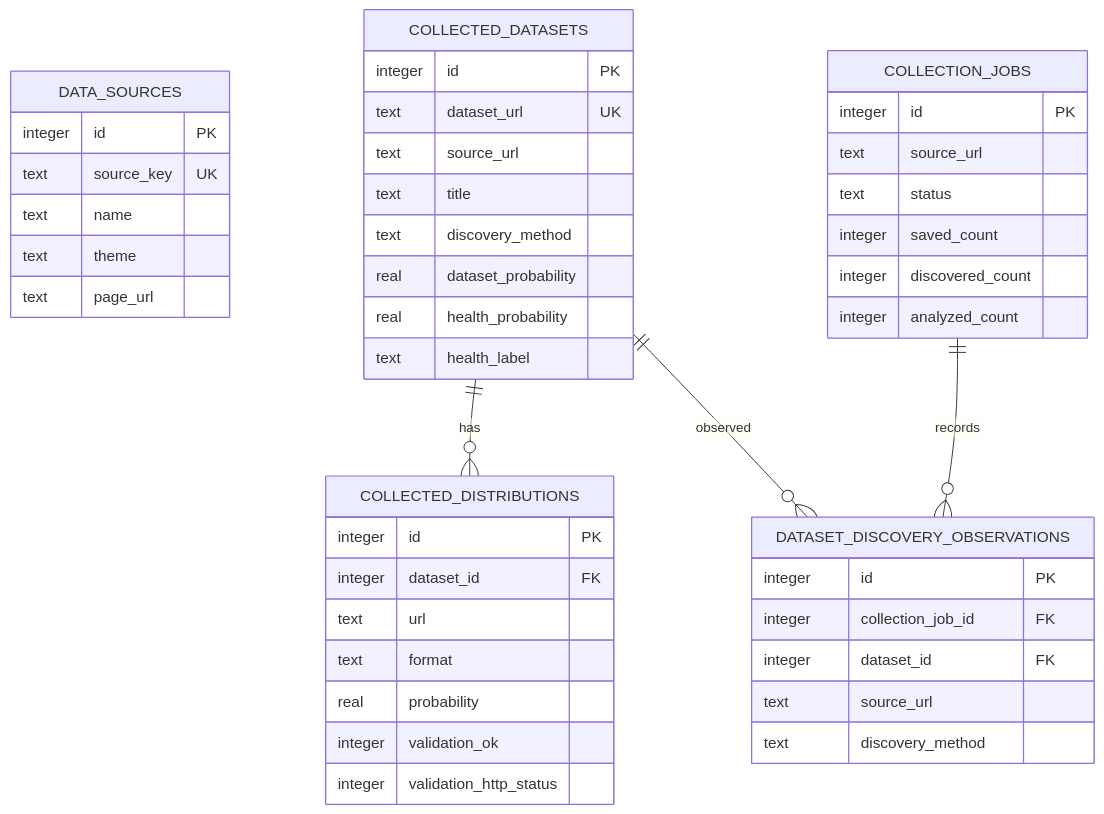
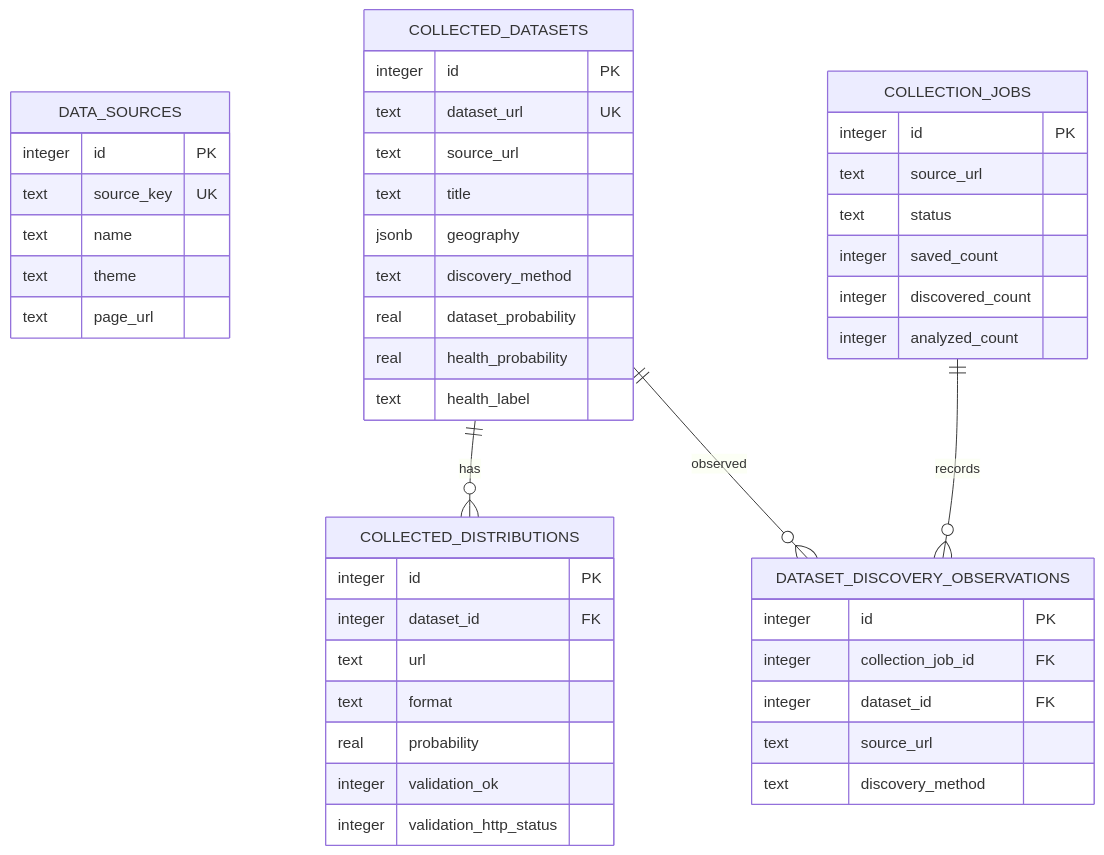
Before and after one commit to nicolasberlin/global-health-dataset-catalog: the tenth of 10 diagrams in docs/technical-design-document.md, drawn with Mermaid. The commit also changed other lines of this file and 36 other files, not shown here.

````diff
--- a/docs/technical-design-document.md
+++ b/docs/technical-design-document.md
@@ -640,48 +640,49 @@
 ```mermaid
 erDiagram
     DATA_SOURCES {
         integer id PK
         text source_key UK
         text name
         text theme
         text page_url
     }
     COLLECTED_DATASETS {
         integer id PK
         text dataset_url UK
         text source_url
         text title
+        jsonb geography
         text discovery_method
         real dataset_probability
         real health_probability
         text health_label
     }
     COLLECTED_DISTRIBUTIONS {
         integer id PK
         integer dataset_id FK
         text url
         text format
         real probability
         integer validation_ok
         integer validation_http_status
     }
     COLLECTION_JOBS {
         integer id PK
         text source_url
         text status
         integer saved_count
         integer discovered_count
         integer analyzed_count
     }
     DATASET_DISCOVERY_OBSERVATIONS {
         integer id PK
         integer collection_job_id FK
         integer dataset_id FK
         text source_url
         text discovery_method
     }
 
     COLLECTED_DATASETS ||--o{ COLLECTED_DISTRIBUTIONS : has
     COLLECTED_DATASETS ||--o{ DATASET_DISCOVERY_OBSERVATIONS : observed
     COLLECTION_JOBS ||--o{ DATASET_DISCOVERY_OBSERVATIONS : records
 ```
````
